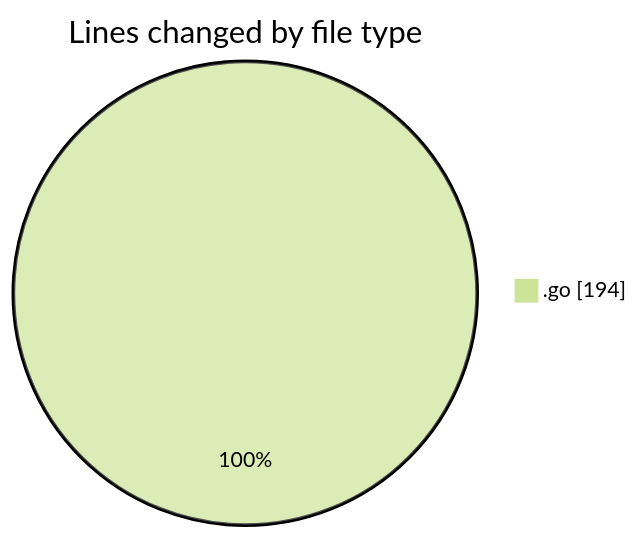
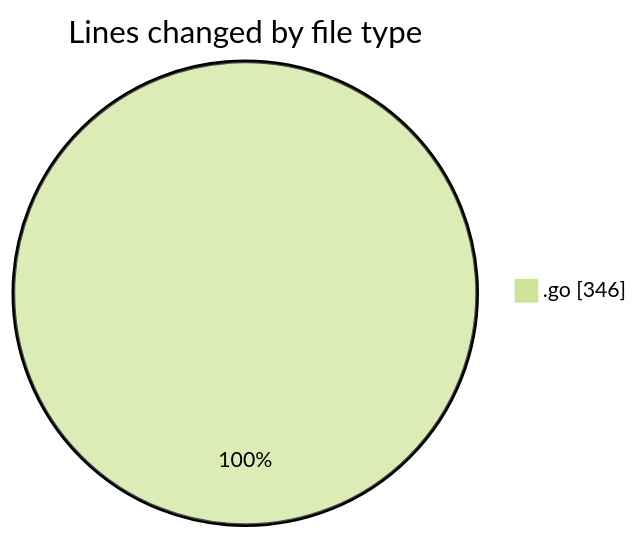
Before and after one commit to robertbonfada/code-tracking: the first of 2 diagrams in 2025-03-01/test-digital-placa/README.md, drawn with Mermaid (forest theme). The commit also changed other lines of this file and 1 other file, not shown here.

````diff
--- a/2025-03-01/test-digital-placa/README.md
+++ b/2025-03-01/test-digital-placa/README.md
@@ -20,5 +20,5 @@
 ```mermaid
 pie showData
 title Lines changed by file type
-".go" : 194
+".go" : 346
 ```
````
